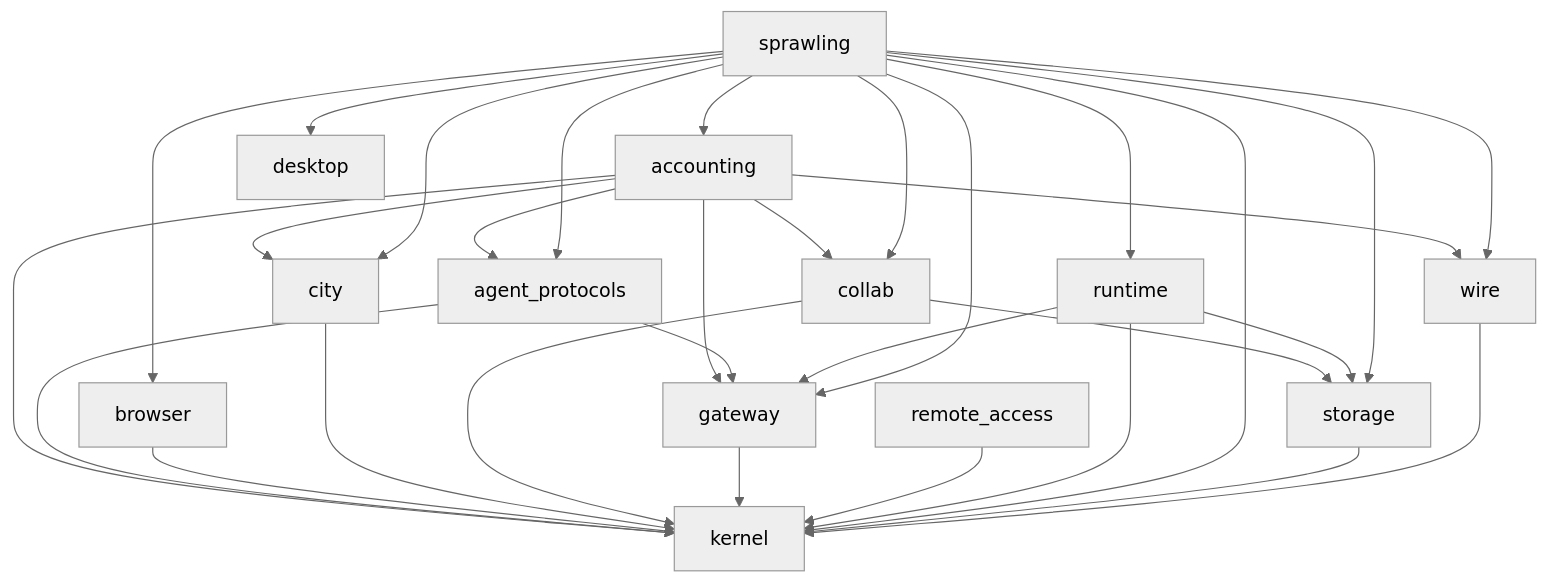
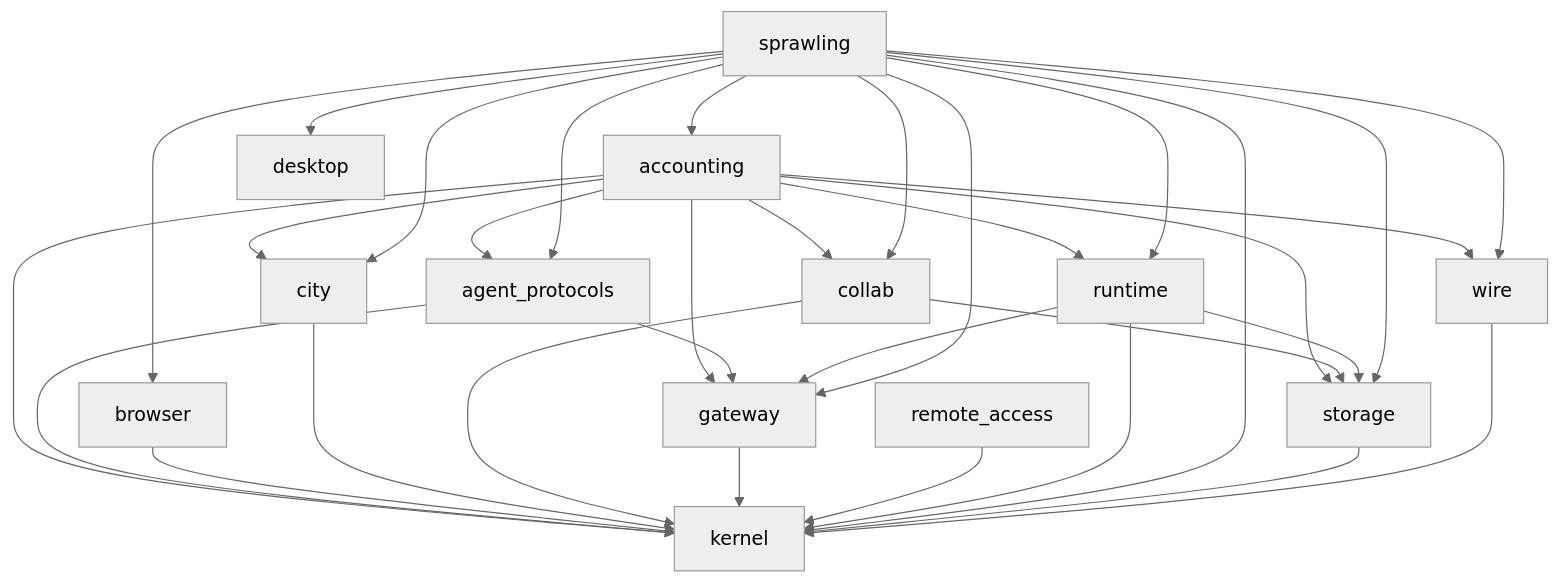
One commit to 2youg1/sprawling-agents changed the first of 8 diagrams in ARCHITECTURE.md. Above: the diagram before and after it, drawn with Mermaid (neutral theme). The commit also changed other lines of this file and 2 other files, not shown here.

````diff
--- a/ARCHITECTURE.md
+++ b/ARCHITECTURE.md
@@ -816,35 +816,37 @@
 ```mermaid
 flowchart TD
     accounting --> agent_protocols
     accounting --> city
     accounting --> collab
     accounting --> gateway
     accounting --> kernel
+    accounting --> runtime
+    accounting --> storage
     accounting --> wire
     agent_protocols --> gateway
     agent_protocols --> kernel
     browser --> kernel
     city --> kernel
     collab --> kernel
     collab --> storage
     desktop
     gateway --> kernel
     kernel
     remote_access --> kernel
     runtime --> gateway
     runtime --> kernel
     runtime --> storage
     sprawling --> accounting
     sprawling --> agent_protocols
     sprawling --> browser
     sprawling --> city
     sprawling --> collab
     sprawling --> desktop
     sprawling --> gateway
     sprawling --> kernel
     sprawling --> runtime
     sprawling --> storage
     sprawling --> wire
     storage --> kernel
     wire --> kernel
 ```
````
